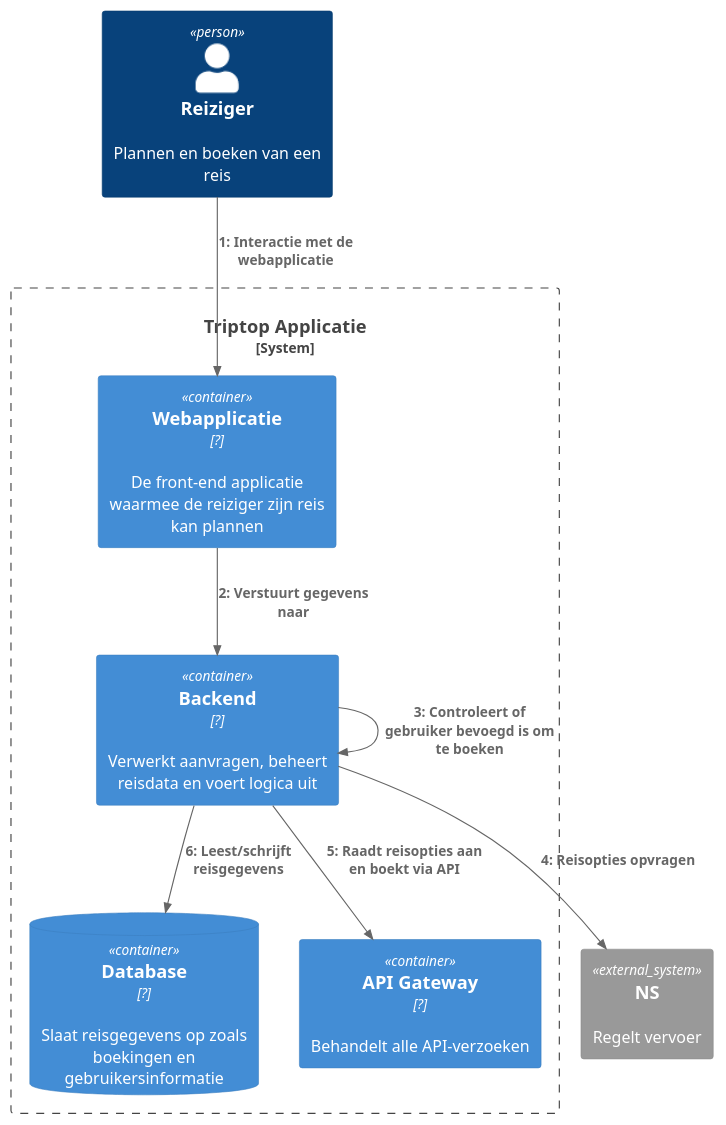
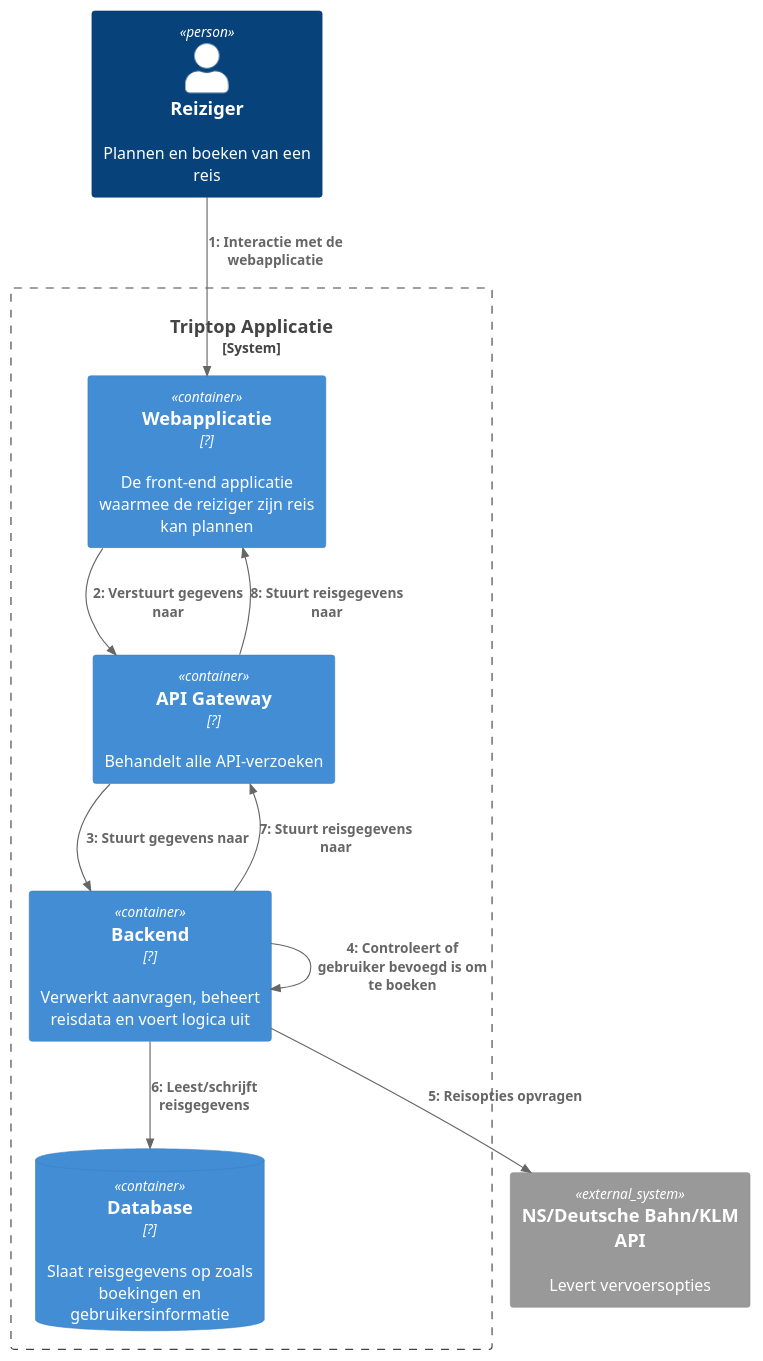
One commit to AIM-ENE-feb25/triptop-groep-3 changed the diagram in opdracht-diagrammen/C4 Container/Dynamic/C4 Container dynamic diagram Reis boeken - Cas.puml. Above: the diagram before and after it, drawn with PlantUML. The commit also changed 1 other file, not shown here.

```diff
--- a/opdracht-diagrammen/C4 Container/Dynamic/C4 Container dynamic diagram Reis boeken - Cas.puml
+++ b/opdracht-diagrammen/C4 Container/Dynamic/C4 Container dynamic diagram Reis boeken - Cas.puml
@@ -1,24 +1,26 @@
 @startuml
 
 !include https://raw.githubusercontent.com/plantuml-stdlib/C4-PlantUML/master/C4_Dynamic.puml
 
 Person(Traveler, "Reiziger", "Plannen en boeken van een reis")
 
 System_Boundary(s1, "Triptop Applicatie") {
 
     Container(Frontend, "Webapplicatie", "?", "De front-end applicatie waarmee de reiziger zijn reis kan plannen")
     Container(Backend, "Backend", "?", "Verwerkt aanvragen, beheert reisdata en voert logica uit")
     ContainerDb(Database, "Database", "?", "Slaat reisgegevens op zoals boekingen en gebruikersinformatie")
     Container(ApiGateway, "API Gateway", "?", "Behandelt alle API-verzoeken")
 }
 
-System_Ext(NS, "NS", "Regelt vervoer")
+System_Ext(NS, "NS/Deutsche Bahn/KLM API", "Levert vervoersopties")
 
 Rel(Traveler, Frontend, "Interactie met de webapplicatie")
-Rel(Frontend, Backend, "Verstuurt gegevens naar")
+Rel(Frontend, ApiGateway, "Verstuurt gegevens naar")
+Rel(ApiGateway, Backend, Stuurt gegevens naar)
 Rel(Backend, Backend, Controleert of gebruiker bevoegd is om te boeken)
 Rel(Backend, NS, "Reisopties opvragen")
-Rel(Backend, ApiGateway, "Raadt reisopties aan en boekt via API")
 Rel(Backend, Database, "Leest/schrijft reisgegevens")
+Rel(Backend, ApiGateway, Stuurt reisgegevens naar)
+Rel(ApiGateway, Frontend, Stuurt reisgegevens naar)
 
 @enduml
```
